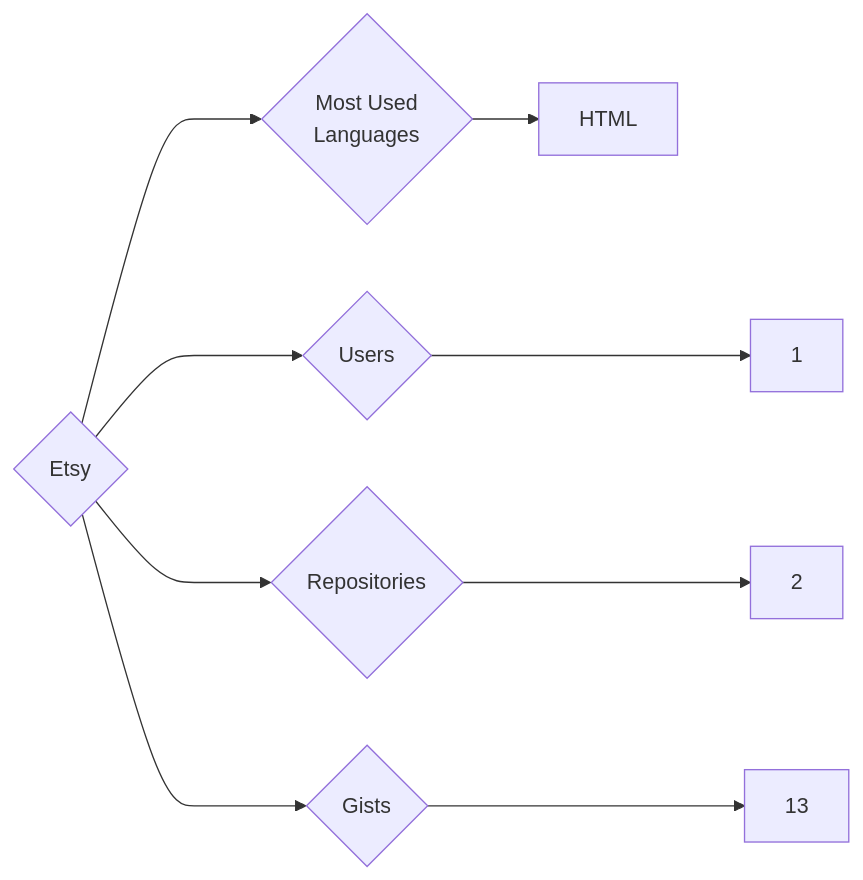
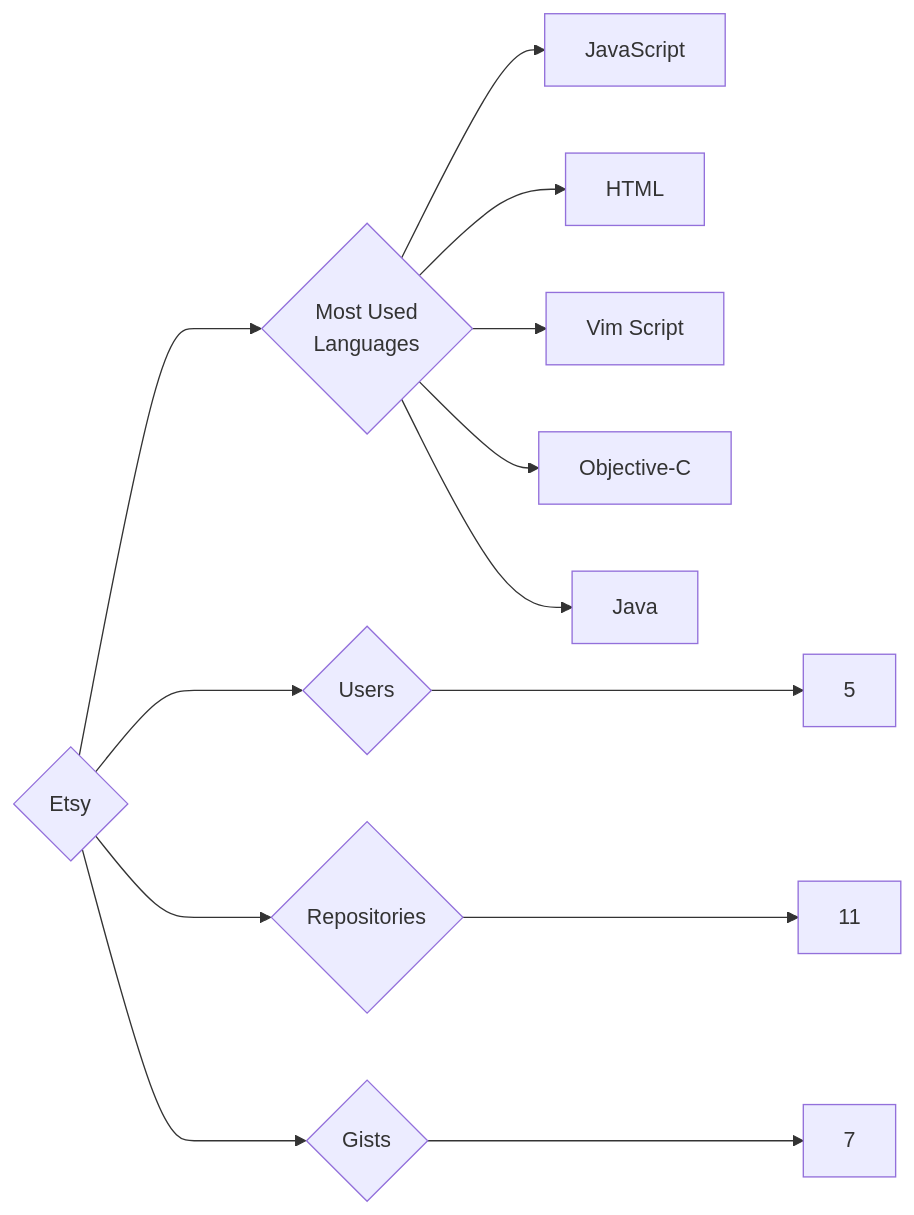
One commit to trickest/insiders changed the diagram in targets/Etsy/README.md. Above: the diagram before and after it, drawn with Mermaid. The commit also changed 912 other files, not shown here.

````diff
--- a/targets/Etsy/README.md
+++ b/targets/Etsy/README.md
@@ -3,9 +3,13 @@
 ```mermaid
 graph LR
 COMPANY_NAME{Etsy}
-COMPANY_NAME ---> U{Users} ---> UN[1]
-COMPANY_NAME ---> R{Repositories} ---> RN[2]
-COMPANY_NAME ---> G{Gists} ---> GN[13]
+COMPANY_NAME ---> U{Users} ---> UN[5]
+COMPANY_NAME ---> R{Repositories} ---> RN[11]
+COMPANY_NAME ---> G{Gists} ---> GN[7]
 COMPANY_NAME ---> ML{Most Used<br>Languages}
+ML --> JavaScript[JavaScript]
 ML --> HTML[HTML]
+ML --> Vim_Script[Vim Script]
+ML --> Objective-C[Objective-C]
+ML --> Java[Java]
 ```
````
